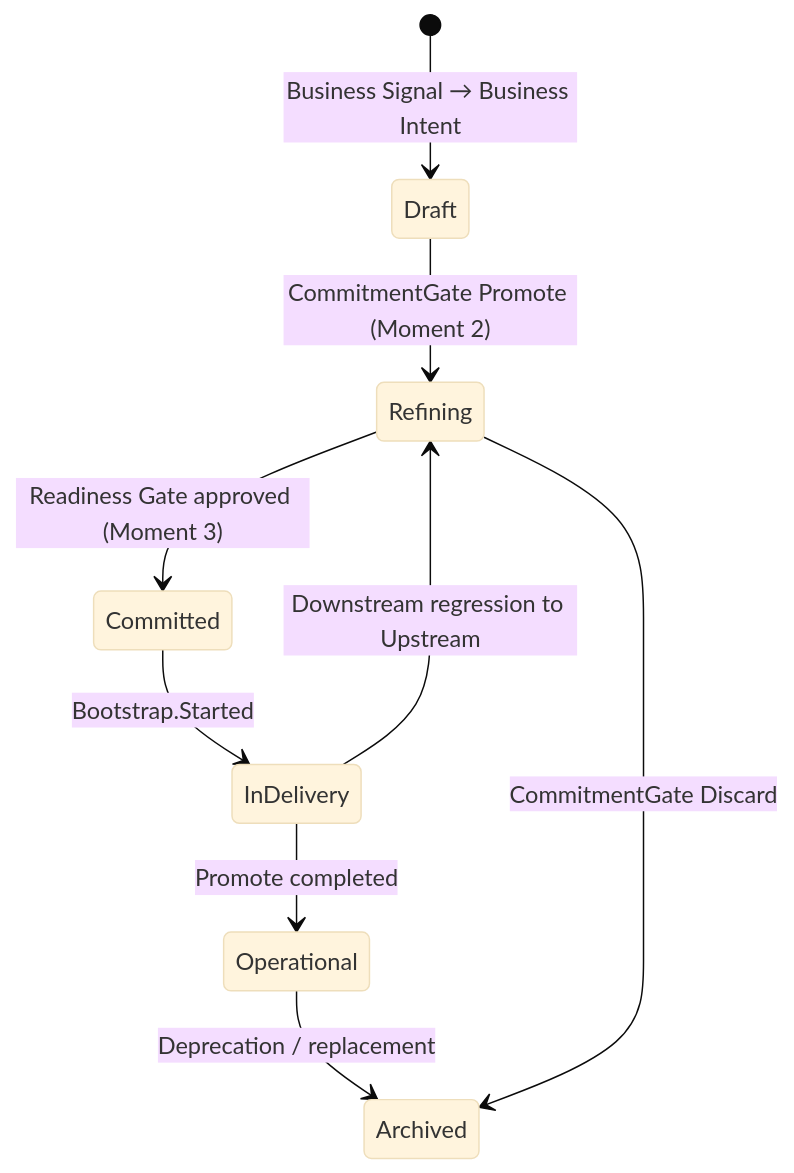
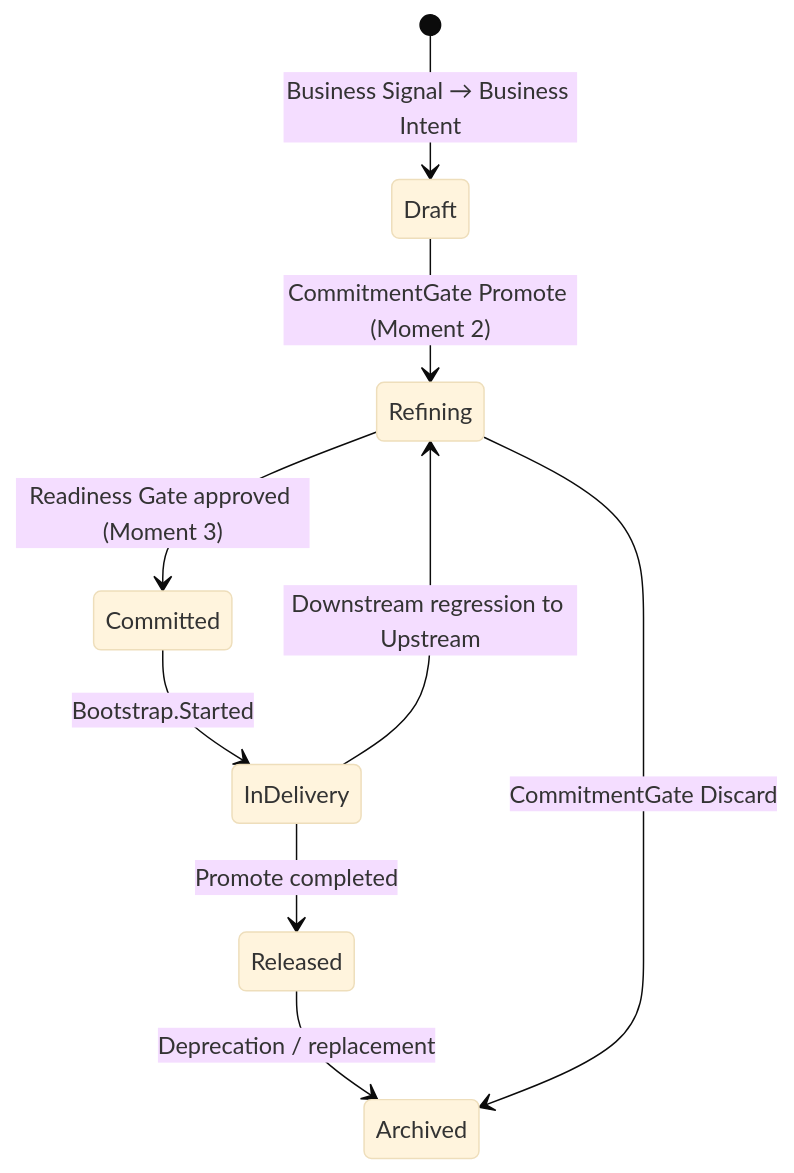
The first of 2 diagrams in en/chapter-08.md (produtoreativo/from-intent-to-outcome), drawn with Mermaid (base theme) before and after one commit. The commit also changed other lines of this file and 15 other files, not shown here.

````diff
--- a/en/chapter-08.md
+++ b/en/chapter-08.md
@@ -46,11 +46,11 @@
 ```mermaid
 stateDiagram-v2
     [*] --> Draft : Business Signal → Business Intent
     Draft --> Refining : CommitmentGate Promote (Moment 2)
     Refining --> Committed : Readiness Gate approved (Moment 3)
     Committed --> InDelivery : Bootstrap.Started
-    InDelivery --> Operational : Promote completed
-    Operational --> Archived : Deprecation / replacement
+    InDelivery --> Released : Promote completed
+    Released --> Archived : Deprecation / replacement
     Refining --> Archived : CommitmentGate Discard
     InDelivery --> Refining : Downstream regression to Upstream
 ```
````
